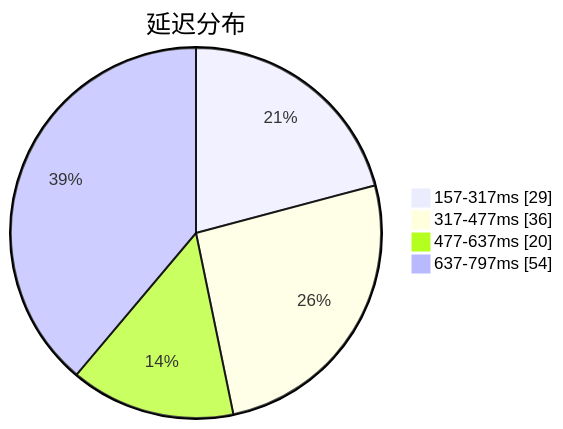
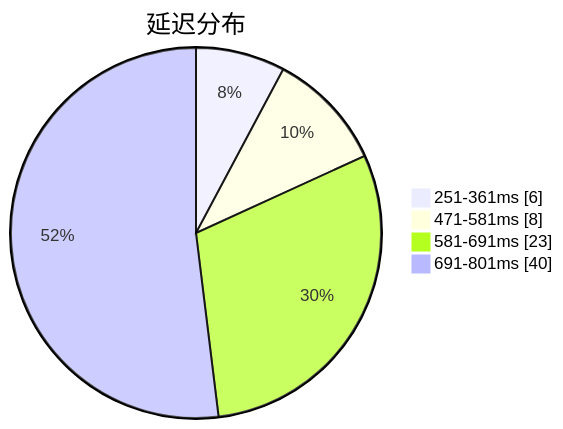
Before and after one commit to qjlxg/airport: the first of 3 diagrams in subs/statistics/tested_within.md, drawn with Mermaid. The commit also changed other lines of this file and 2 other files, not shown here.

````diff
--- a/subs/statistics/tested_within.md
+++ b/subs/statistics/tested_within.md
@@ -2,8 +2,8 @@
 ```mermaid
 pie showData
 title 延迟分布
-"157-317ms" : 29
-"317-477ms" : 36
-"477-637ms" : 20
-"637-797ms" : 54
+"251-361ms" : 6
+"471-581ms" : 8
+"581-691ms" : 23
+"691-801ms" : 40
 ```
````
